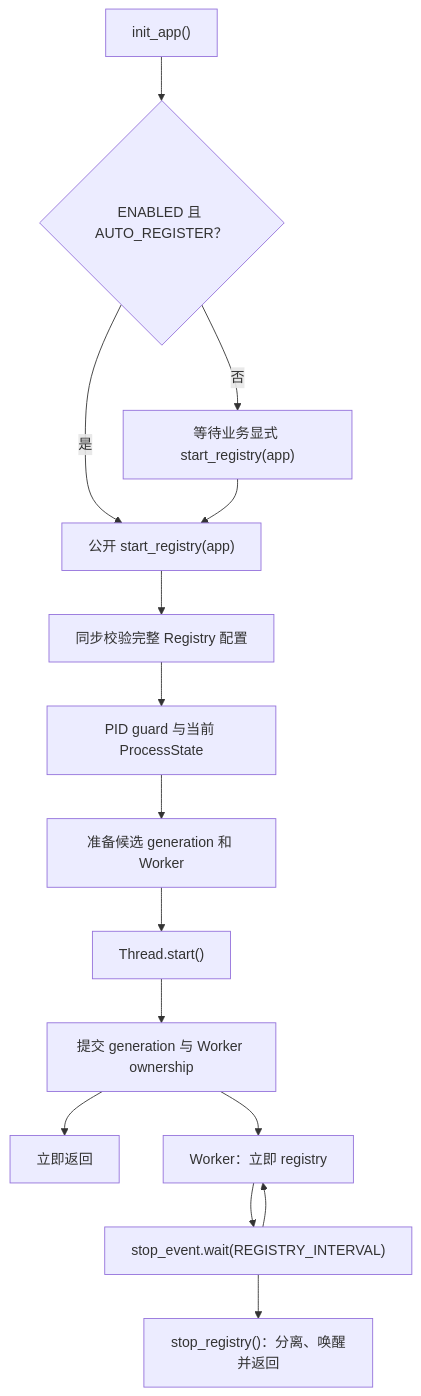
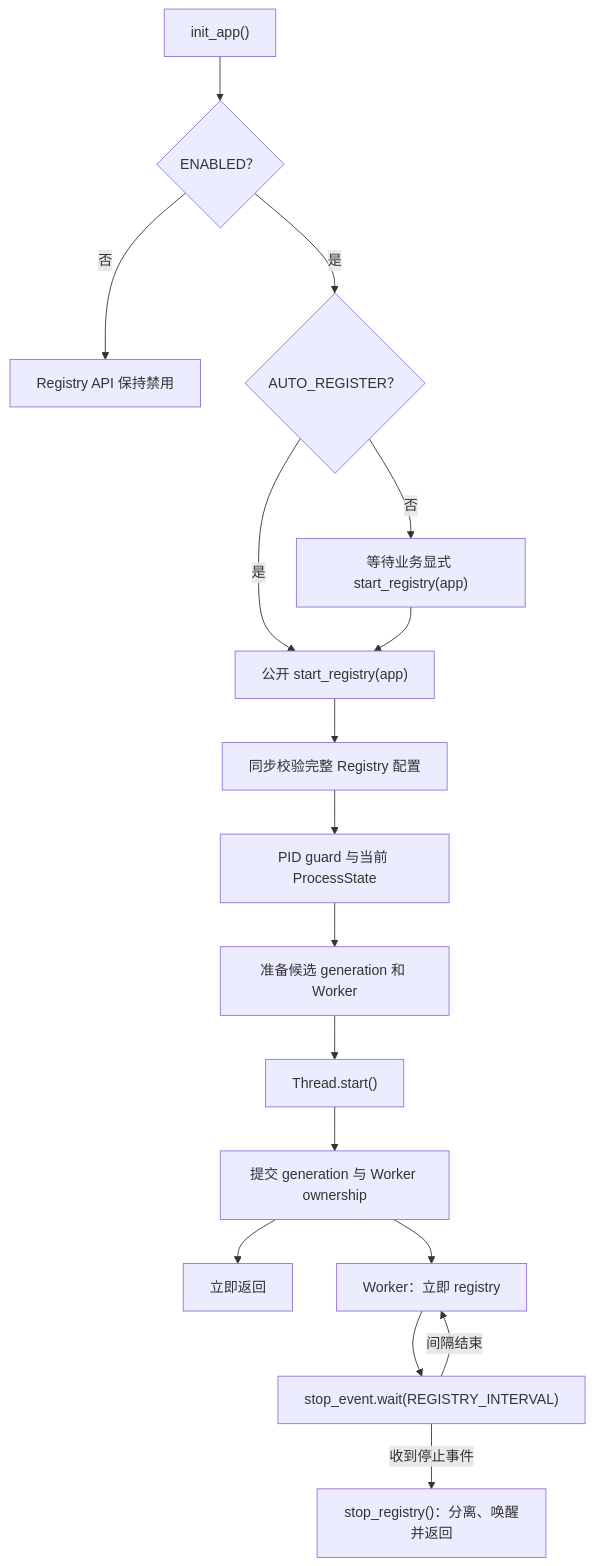
Before and after one commit to pumpkin-nbc/Flask-XXLJob: the second of 2 diagrams in docs/deployment.zh-CN.md, drawn with Mermaid. The commit also changed other lines of this file and 12 other files, not shown here.

````diff
--- a/docs/deployment.zh-CN.md
+++ b/docs/deployment.zh-CN.md
@@ -19,17 +22,19 @@
 ```mermaid
 flowchart TD
-    A["init_app()"] --> B{"ENABLED 且 AUTO_REGISTER？"}
-    B -->|"是"| C["公开 start_registry(app)"]
-    B -->|"否"| D["等待业务显式 start_registry(app)"]
-    D --> C
-    C --> E["同步校验完整 Registry 配置"]
-    E --> F["PID guard 与当前 ProcessState"]
-    F --> G["准备候选 generation 和 Worker"]
-    G --> H["Thread.start()"]
-    H --> I["提交 generation 与 Worker ownership"]
-    I --> J["立即返回"]
-    I --> K["Worker：立即 registry"]
-    K --> L["stop_event.wait(REGISTRY_INTERVAL)"]
-    L --> K
-    L --> M["stop_registry()：分离、唤醒并返回"]
+    A["init_app()"] --> B{"ENABLED？"}
+    B -->|"否"| C["Registry API 保持禁用"]
+    B -->|"是"| D{"AUTO_REGISTER？"}
+    D -->|"是"| E["公开 start_registry(app)"]
+    D -->|"否"| F["等待业务显式 start_registry(app)"]
+    F --> E
+    E --> G["同步校验完整 Registry 配置"]
+    G --> H["PID guard 与当前 ProcessState"]
+    H --> I["准备候选 generation 和 Worker"]
+    I --> J["Thread.start()"]
+    J --> K["提交 generation 与 Worker ownership"]
+    K --> L["立即返回"]
+    K --> M["Worker：立即 registry"]
+    M --> N["stop_event.wait(REGISTRY_INTERVAL)"]
+    N -->|"间隔结束"| M
+    N -->|"收到停止事件"| O["stop_registry()：分离、唤醒并返回"]
 ```
````
